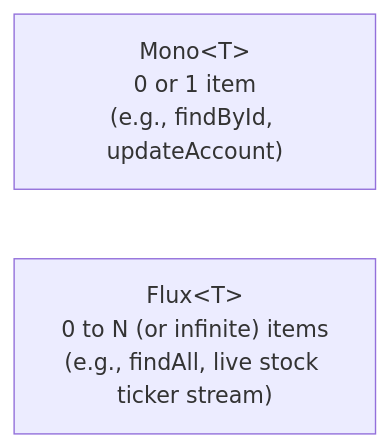
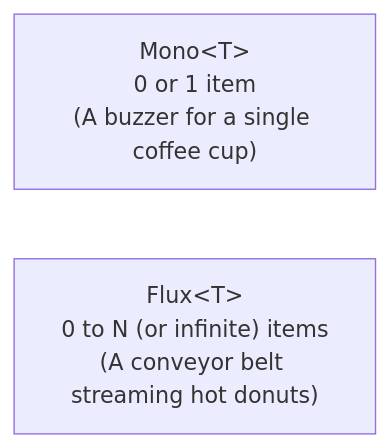
The third of 5 diagrams in docs/spring-boot/webflux-reactive.mdx (weaponxwolf/backend-engineering-mastry), drawn with Mermaid before and after one commit. The commit also changed other lines of this file and 10 other files, not shown here.

Commit message:
docs: add everyday analogies, architecture diagrams, and introductory guides to Spring Boot documentation

````diff
--- a/docs/spring-boot/webflux-reactive.mdx
+++ b/docs/spring-boot/webflux-reactive.mdx
@@ -66,5 +156,5 @@
 ```mermaid
 flowchart LR
-    MonoBox["Mono&lt;T&gt;<br/>0 or 1 item<br/>(e.g., findById, updateAccount)"]
-    FluxBox["Flux&lt;T&gt;<br/>0 to N (or infinite) items<br/>(e.g., findAll, live stock ticker stream)"]
+    MonoBox["Mono&lt;T&gt;<br/>0 or 1 item<br/>(A buzzer for a single coffee cup)"]
+    FluxBox["Flux&lt;T&gt;<br/>0 to N (or infinite) items<br/>(A conveyor belt streaming hot donuts)"]
 ```
````
